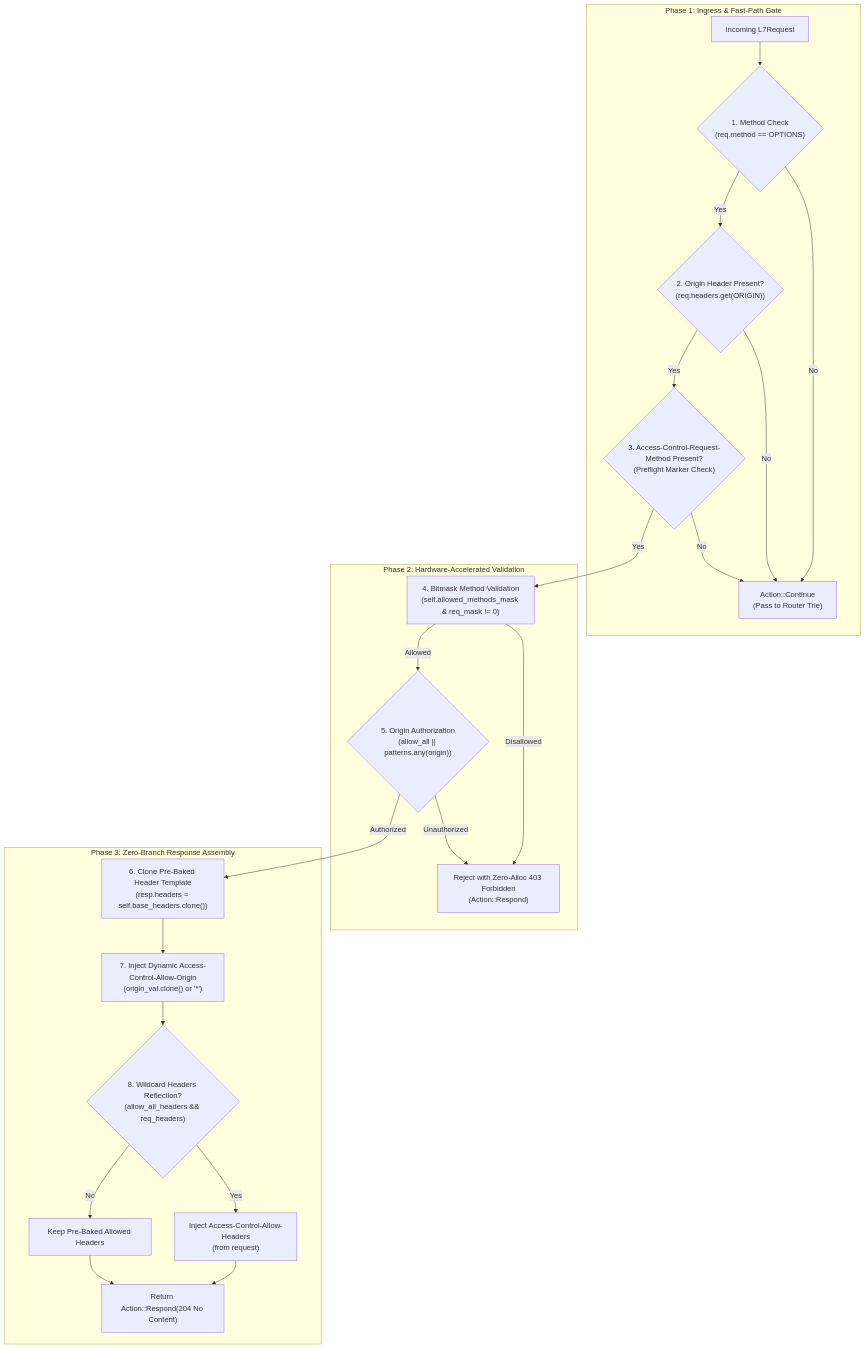
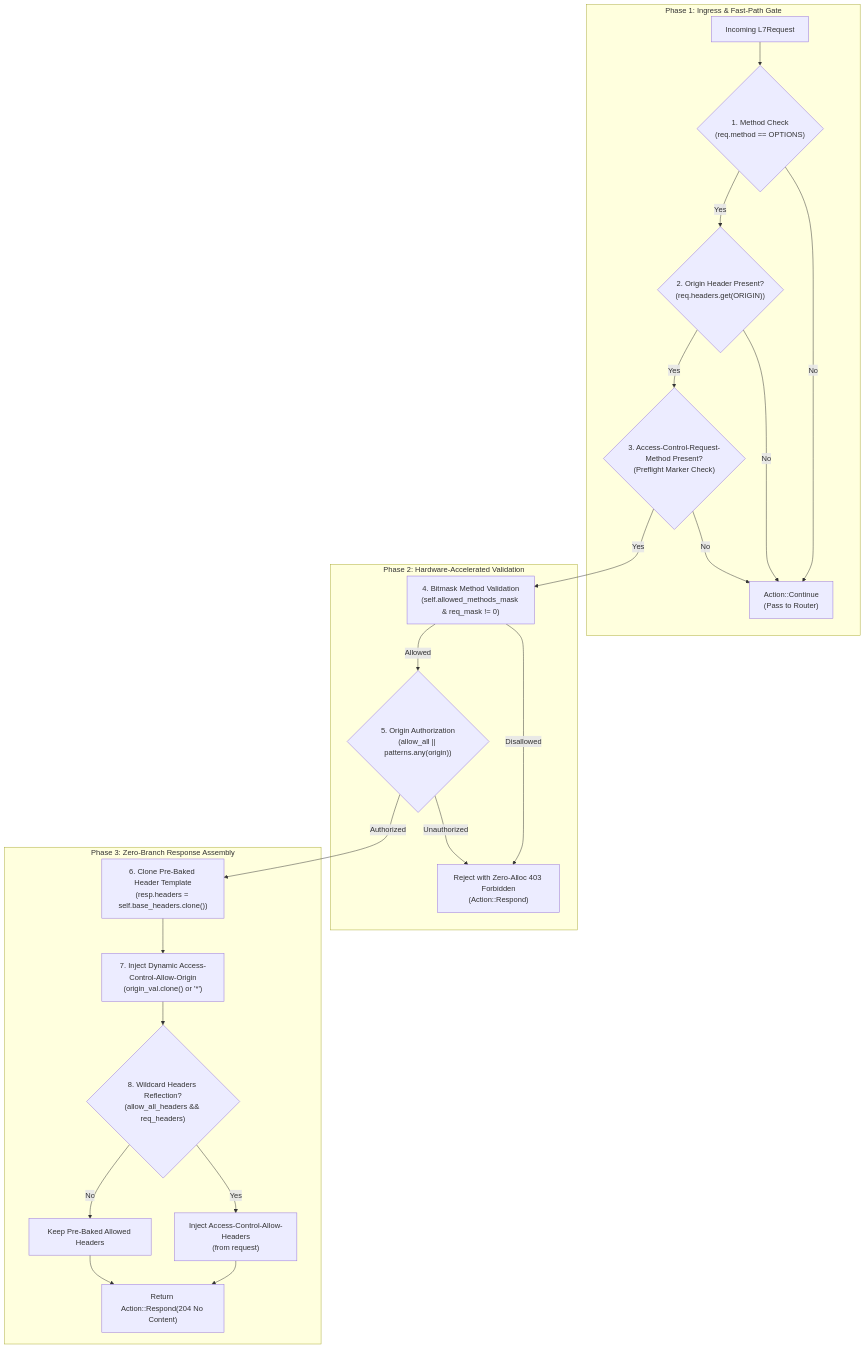
One commit to phucle996/velda-edge changed the diagram in crates/velda-plugin/src/pre_route/cors_preflight/ARCHITECTURE.md. Above: the diagram before and after it, drawn with Mermaid. The commit also changed other lines of this file and 42 other files, not shown here.

````diff
--- a/crates/velda-plugin/src/pre_route/cors_preflight/ARCHITECTURE.md
+++ b/crates/velda-plugin/src/pre_route/cors_preflight/ARCHITECTURE.md
@@ -22,28 +22,28 @@
 ```mermaid
 flowchart TD
     subgraph IngressFastPath["Phase 1: Ingress & Fast-Path Gate"]
         A["Incoming L7Request"] --> B{"1. Method Check\n(req.method == OPTIONS)"}
-        B -- "No" --> C["Action::Continue\n(Pass to Router Trie)"]
+        B -- "No" --> C["Action::Continue\n(Pass to Router)"]
         B -- "Yes" --> D{"2. Origin Header Present?\n(req.headers.get(ORIGIN))"}
         D -- "No" --> C
         D -- "Yes" --> E{"3. Access-Control-Request-Method Present?\n(Preflight Marker Check)"}
         E -- "No" --> C
     end
 
     subgraph SecurityValidation["Phase 2: Hardware-Accelerated Validation"]
         E -- "Yes" --> F["4. Bitmask Method Validation\n(self.allowed_methods_mask & req_mask != 0)"]
         F -- "Disallowed" --> G["Reject with Zero-Alloc 403 Forbidden\n(Action::Respond)"]
         F -- "Allowed" --> H{"5. Origin Authorization\n(allow_all || patterns.any(origin))"}
         H -- "Unauthorized" --> G
     end
 
     subgraph ResponseAssembly["Phase 3: Zero-Branch Response Assembly"]
         H -- "Authorized" --> I["6. Clone Pre-Baked Header Template\n(resp.headers = self.base_headers.clone())"]
         I --> J["7. Inject Dynamic Access-Control-Allow-Origin\n(origin_val.clone() or '*')"]
         J --> K{"8. Wildcard Headers Reflection?\n(allow_all_headers && req_headers)"}
         K -- "Yes" --> L["Inject Access-Control-Allow-Headers\n(from request)"]
         K -- "No" --> M["Keep Pre-Baked Allowed Headers"]
         L --> N["Return Action::Respond(204 No Content)"]
         M --> N
     end
 ```
````
